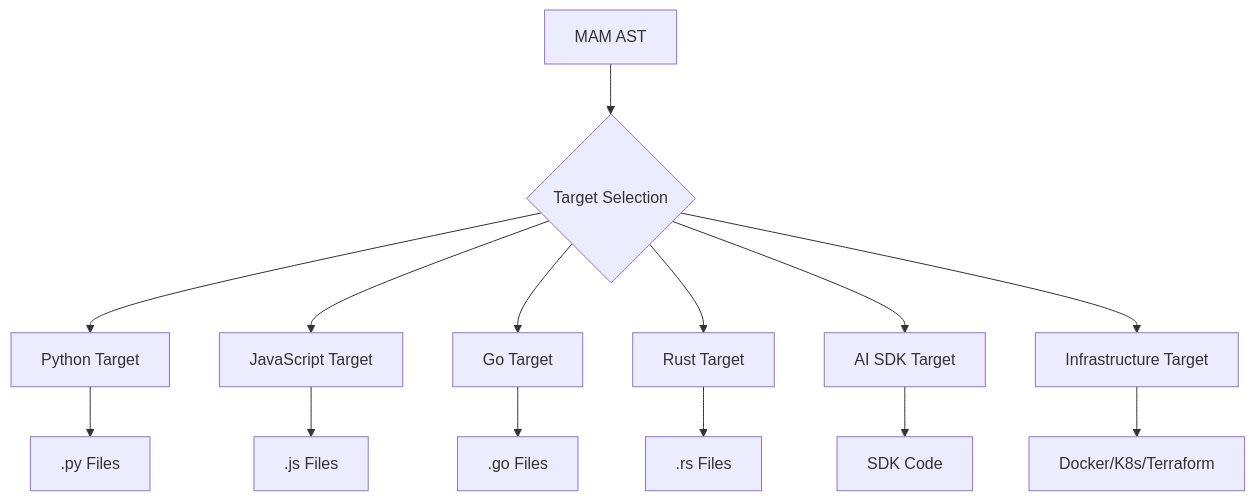
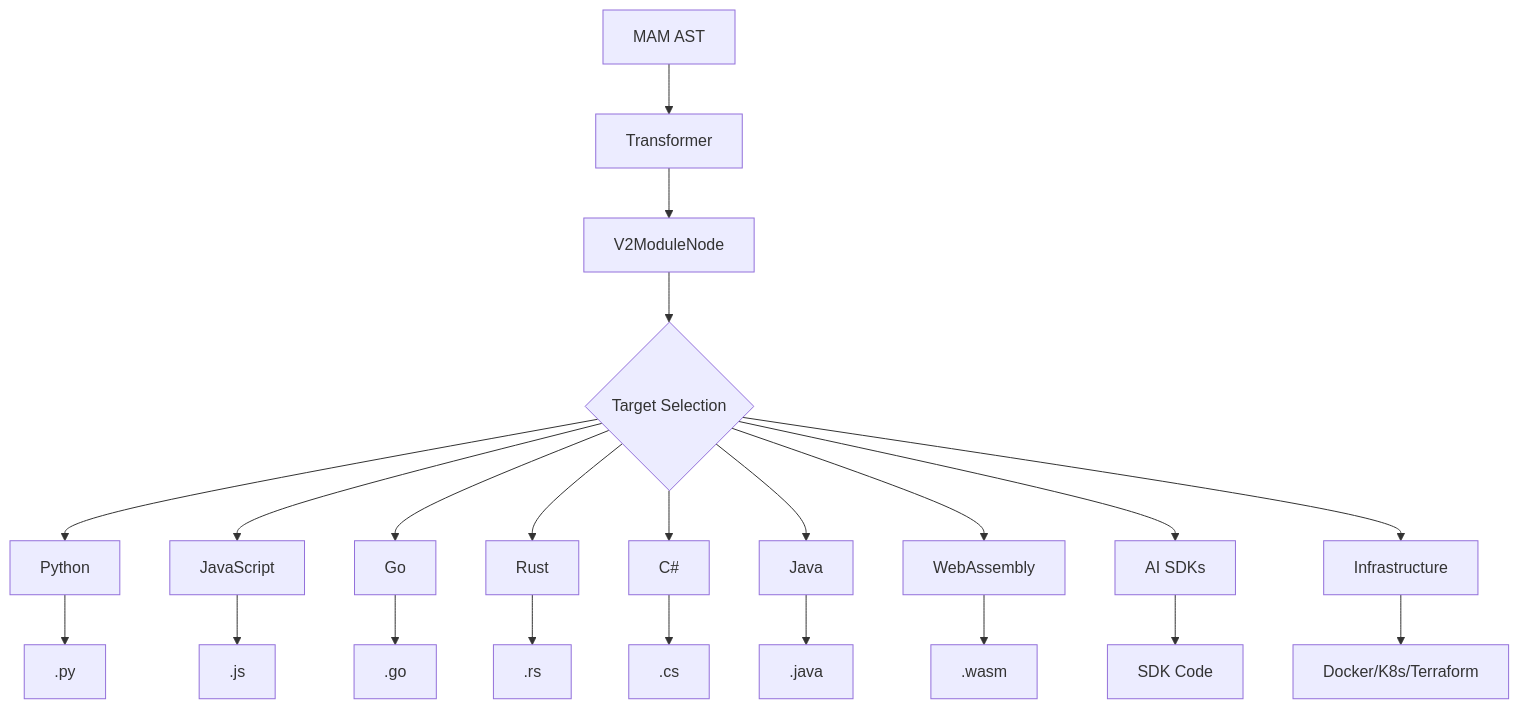
The third of 7 diagrams in brain.md (tcp-ecosystem/MAM), drawn with Mermaid before and after one commit. The commit also changed other lines of this file and 232 other files, not shown here.

````diff
--- a/brain.md
+++ b/brain.md
@@ -91,18 +91,26 @@
 ```mermaid
 graph TB
-    A[MAM AST] --> B{Target Selection}
+    A[MAM AST] --> B[Transformer]
+    B --> C[V2ModuleNode]
+    C --> D{Target Selection}
     
-    B --> C[Python Target]
-    B --> D[JavaScript Target]
-    B --> E[Go Target]
-    B --> F[Rust Target]
-    B --> G[AI SDK Target]
-    B --> H[Infrastructure Target]
+    D --> E[Python]
+    D --> F[JavaScript]
+    D --> G[Go]
+    D --> H[Rust]
+    D --> I[C#]
+    D --> J[Java]
+    D --> K[WebAssembly]
+    D --> L[AI SDKs]
+    D --> M[Infrastructure]
     
-    C --> I[.py Files]
-    D --> J[.js Files]
-    E --> K[.go Files]
-    F --> L[.rs Files]
-    G --> M[SDK Code]
-    H --> N[Docker/K8s/Terraform]
+    E --> N[.py]
+    F --> O[.js]
+    G --> P[.go]
+    H --> Q[.rs]
+    I --> R[.cs]
+    J --> S[.java]
+    K --> T[.wasm]
+    L --> U[SDK Code]
+    M --> V[Docker/K8s/Terraform]
 ```
````
